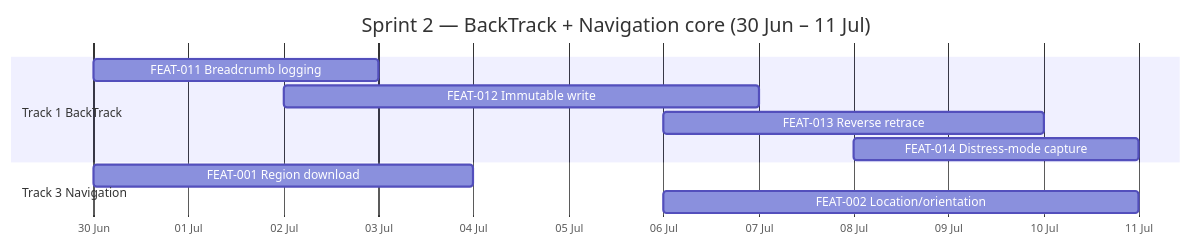
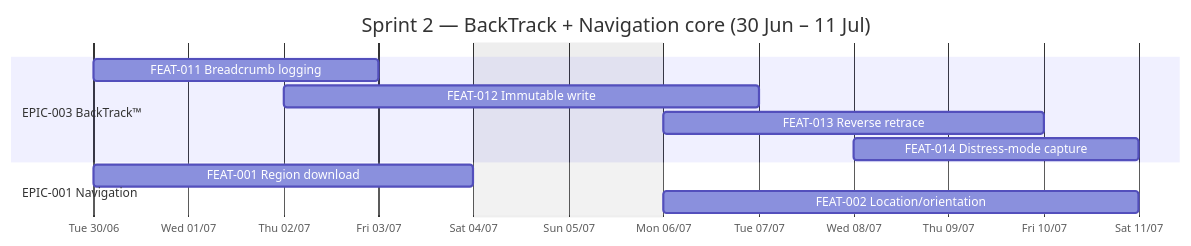
One commit to giakhanh22024558/Trackaroo-Cheat-Sheat changed the fourth of 13 diagrams in docs/planning.md. Above: the diagram before and after it, drawn with Mermaid. The commit also changed other lines of this file and 1 other file, not shown here.

First line of the commit message:
planning: Sprint 0 register reframed to Tasks (S0-) + Topic/Concern/Criteria; gantt polish

````diff
--- a/docs/planning.md
+++ b/docs/planning.md
@@ -176,14 +180,16 @@
 ```mermaid
 gantt
     title Sprint 2 — BackTrack + Navigation core (30 Jun – 11 Jul)
     dateFormat YYYY-MM-DD
-    axisFormat %d %b
-    section Track 1 BackTrack
+    axisFormat %a %d/%m
+    tickInterval 1day
+    excludes weekends
+    section EPIC-003 BackTrack™
     FEAT-011 Breadcrumb logging     :2026-06-30, 2026-07-03
     FEAT-012 Immutable write        :2026-07-02, 2026-07-07
     FEAT-013 Reverse retrace        :2026-07-06, 2026-07-10
     FEAT-014 Distress-mode capture  :2026-07-08, 2026-07-11
-    section Track 3 Navigation
+    section EPIC-001 Navigation
     FEAT-001 Region download        :2026-06-30, 2026-07-04
     FEAT-002 Location/orientation   :2026-07-06, 2026-07-11
 ```
````
